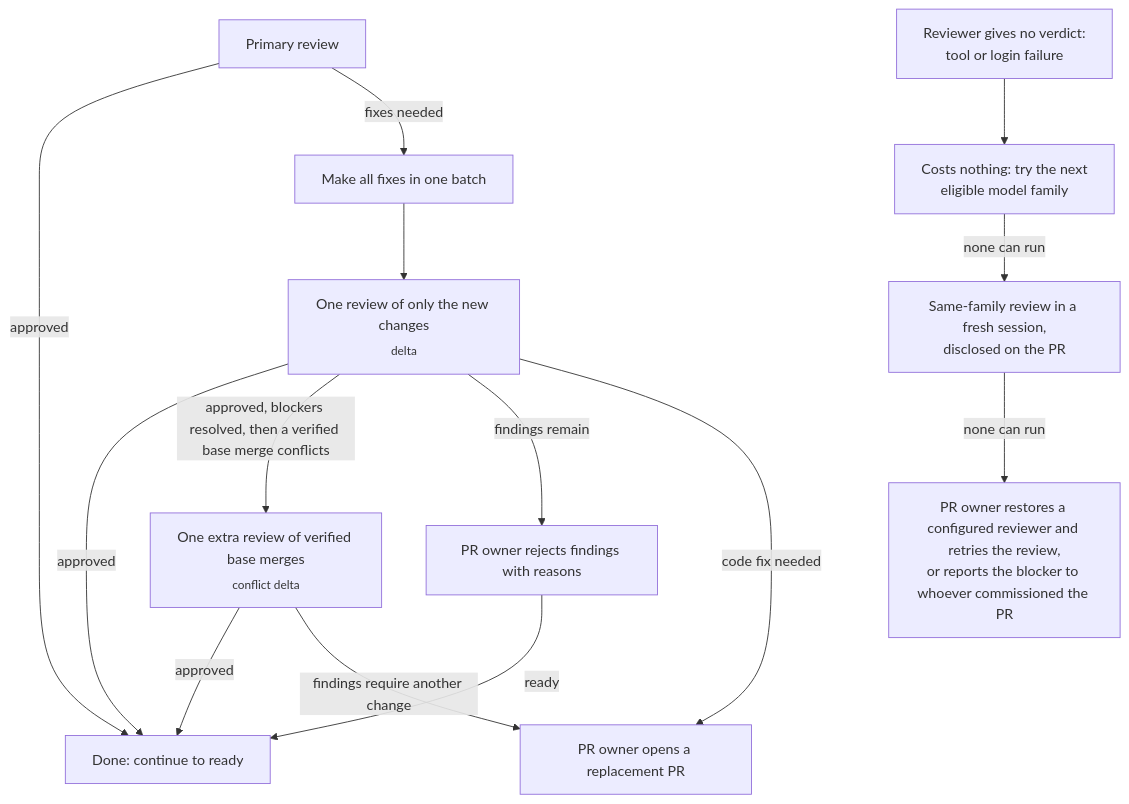
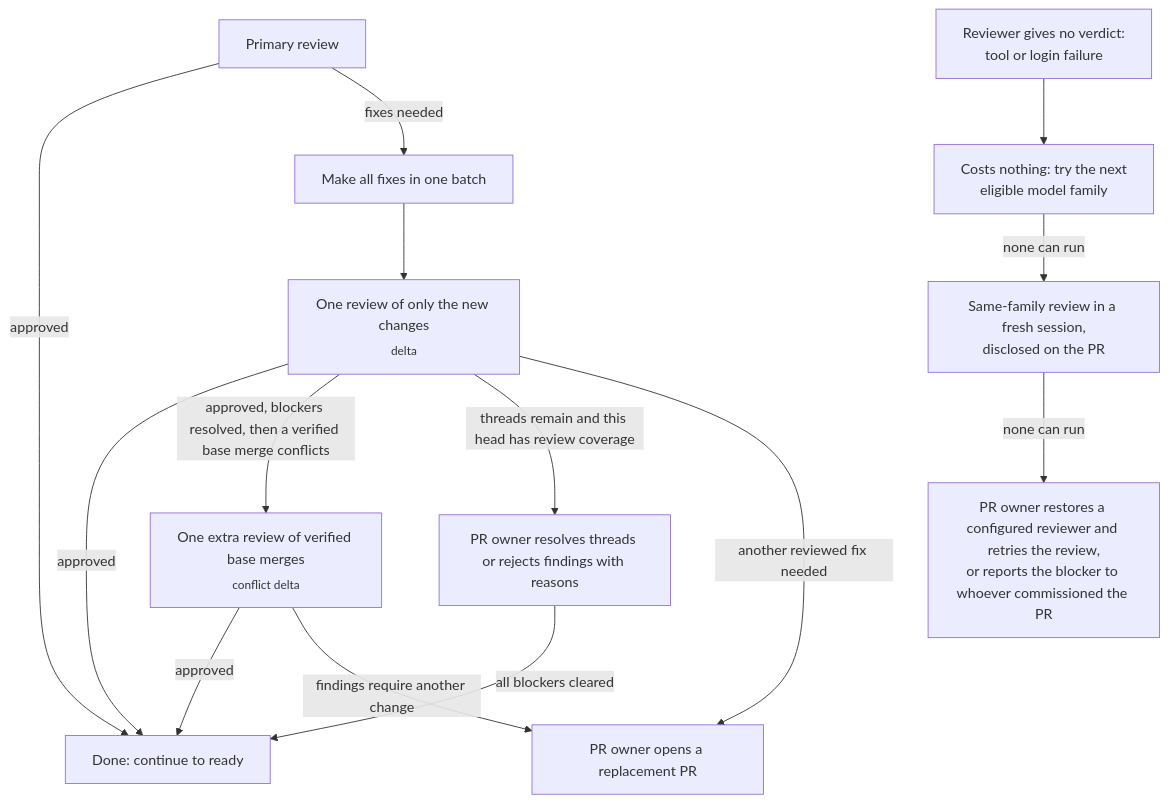
One commit to feder-positronics/loop-zero changed the second of 3 diagrams in docs/WORKFLOW.md. Above: the diagram before and after it, drawn with Mermaid. The commit also changed other lines of this file and 2 other files, not shown here.

Commit message:
Correct delivery documentation against current main (#2394)
* Correct delivery documentation against current main

* Restore accurate guidance and narrow the audit to confirmed discrepancies

---------

````diff
--- a/docs/WORKFLOW.md
+++ b/docs/WORKFLOW.md
@@ -39,16 +39,16 @@
 ```mermaid
 flowchart TD
     A["Primary review"] -->|approved| Z["Done: continue to ready"]
     A -->|fixes needed| B["Make all fixes in one batch"]
     B --> C["One review of only the new changes<br/><sub>delta</sub>"]
     C -->|approved| Z
     C -->|approved, blockers resolved, then a verified base merge conflicts| M["One extra review of verified base merges<br/><sub>conflict delta</sub>"]
     M -->|approved| Z
     M -->|findings require another change| E
-    C -->|findings remain| D["PR owner rejects findings with reasons"]
-    D -->|ready| Z
-    C -->|code fix needed| E["PR owner opens a replacement PR"]
+    C -->|threads remain and this head has review coverage| D["PR owner resolves threads or rejects findings with reasons"]
+    D -->|all blockers cleared| Z
+    C -->|another reviewed fix needed| E["PR owner opens a replacement PR"]
     G["Reviewer gives no verdict:<br/>tool or login failure"] --> H["Costs nothing: try the next<br/>eligible model family"]
     H -->|none can run| J["Same-family review in a fresh session,<br/>disclosed on the PR"]
     J -->|none can run| I["PR owner restores a configured reviewer and retries the review,<br/>or reports the blocker to whoever commissioned the PR"]
 ```
````
